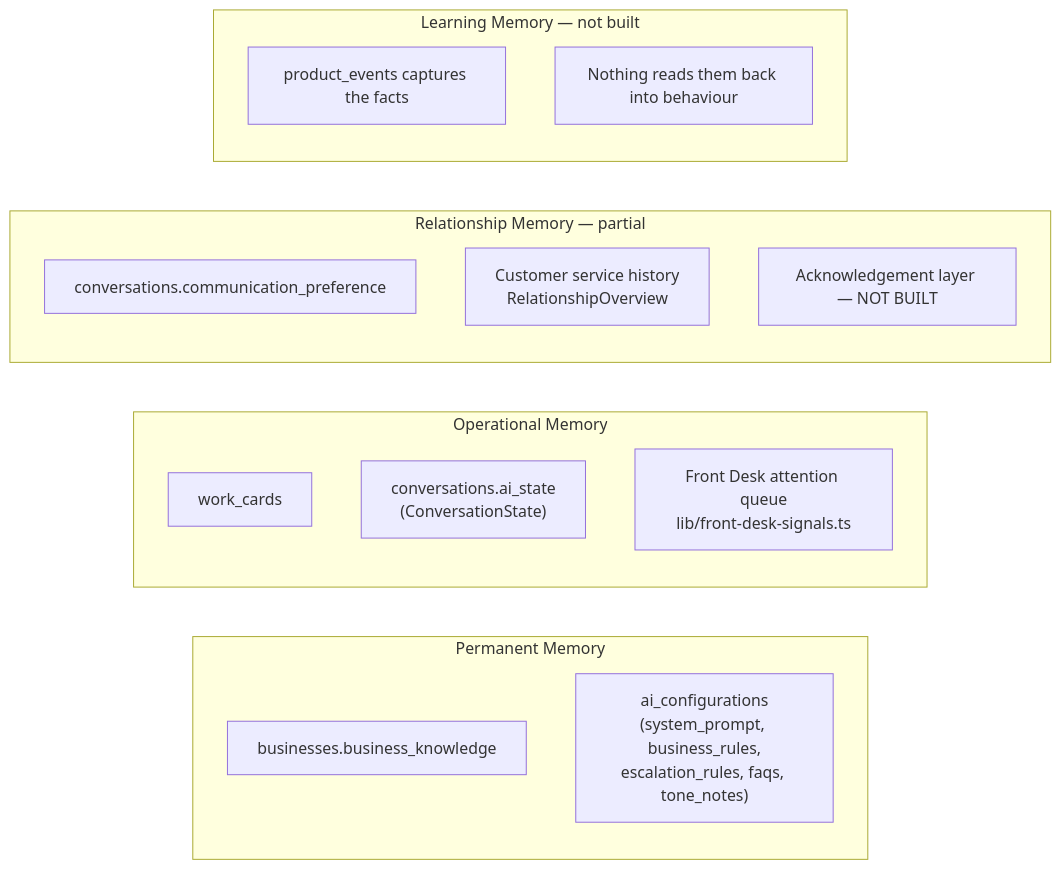
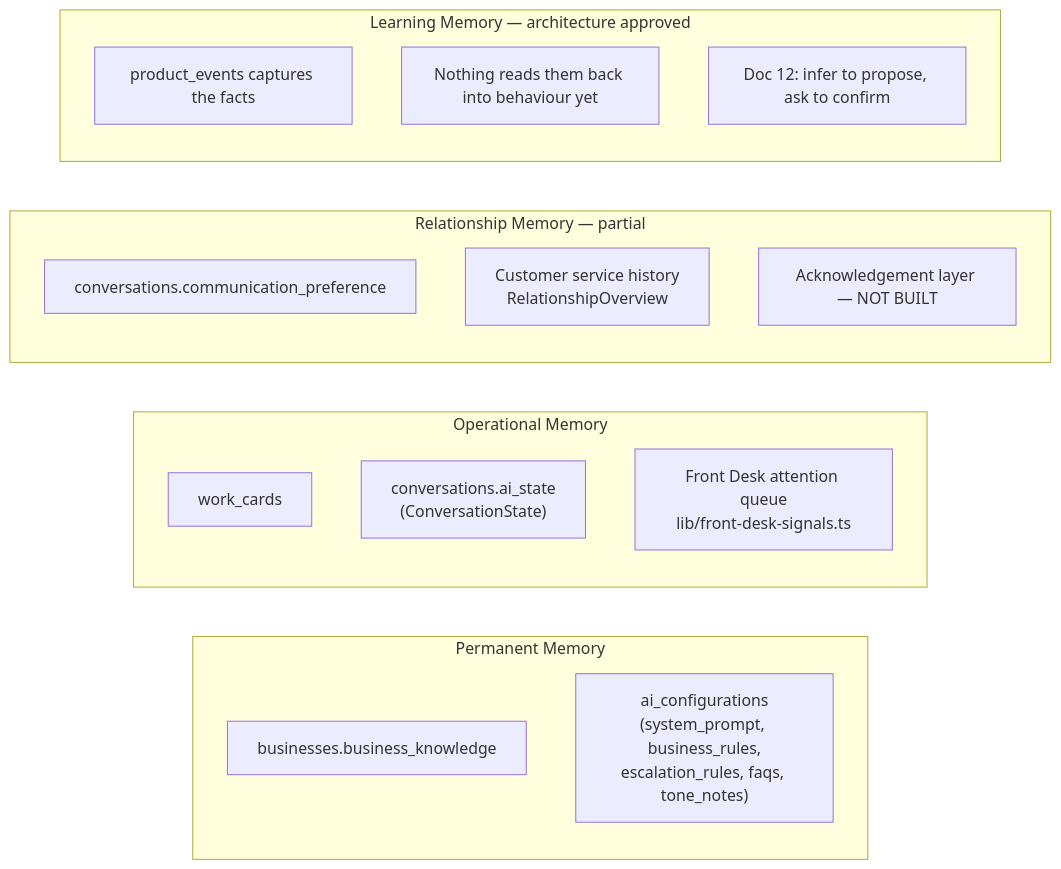
One commit to rumen32215/replyflow-production changed the second of 2 diagrams in DOCS/CONSTITUTION/10-ReplyFlow-Brain-Architecture.md. Above: the diagram before and after it, drawn with Mermaid. The commit also changed other lines of this file and 3 other files, not shown here.

First line of the commit message:
Promote the Learning Memory architecture to a permanent Constitution document

````diff
--- a/DOCS/CONSTITUTION/10-ReplyFlow-Brain-Architecture.md
+++ b/DOCS/CONSTITUTION/10-ReplyFlow-Brain-Architecture.md
@@ -51,21 +51,22 @@
 ```mermaid
 flowchart LR
     subgraph Permanent["Permanent Memory"]
         P1["businesses.business_knowledge"]
         P2["ai_configurations<br/>(system_prompt, business_rules,<br/>escalation_rules, faqs, tone_notes)"]
     end
     subgraph Operational["Operational Memory"]
         O1["work_cards"]
         O2["conversations.ai_state<br/>(ConversationState)"]
         O3["Front Desk attention queue<br/>lib/front-desk-signals.ts"]
     end
     subgraph Relationship["Relationship Memory — partial"]
         R1["conversations.communication_preference"]
         R2["Customer service history<br/>RelationshipOverview"]
         R3["Acknowledgement layer — NOT BUILT"]
     end
-    subgraph Learning["Learning Memory — not built"]
+    subgraph Learning["Learning Memory — architecture approved"]
         L1["product_events captures the facts"]
-        L2["Nothing reads them back into behaviour"]
+        L2["Nothing reads them back into behaviour yet"]
+        L3["Doc 12: infer to propose, ask to confirm"]
     end
 ```
````
